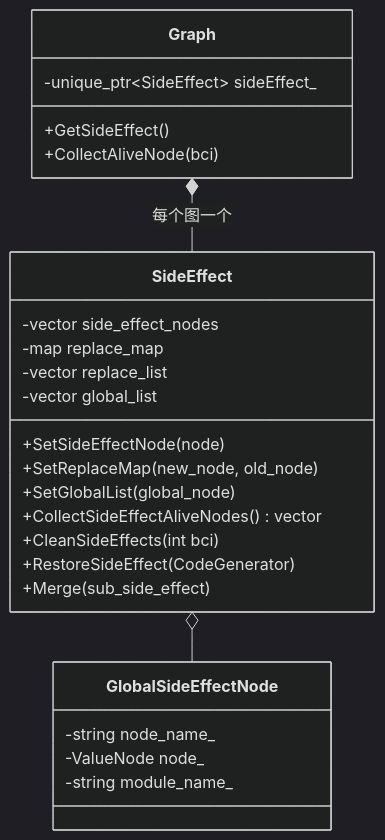
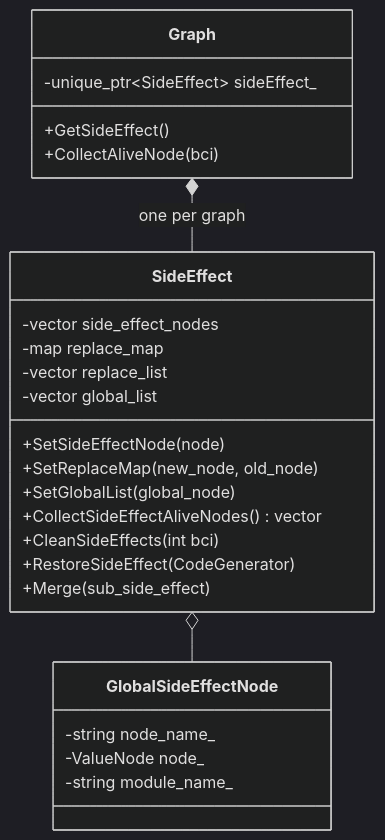
The second of 2 diagrams in docs/04-side-effect.md (YUNPUWU/mindspore-pijit-contributions), drawn with Mermaid (dark theme) before and after one commit. The commit also changed other lines of this file and 14 other files, not shown here.

````diff
--- a/docs/04-side-effect.md
+++ b/docs/04-side-effect.md
@@ -140,28 +140,28 @@
 ```mermaid
 classDiagram
     class Graph {
       -unique_ptr~SideEffect~ sideEffect_
       +GetSideEffect()
       +CollectAliveNode(bci)
     }
     class SideEffect {
       -vector side_effect_nodes
       -map replace_map
       -vector replace_list
       -vector global_list
       +SetSideEffectNode(node)
       +SetReplaceMap(new_node, old_node)
       +SetGlobalList(global_node)
       +CollectSideEffectAliveNodes() vector
       +CleanSideEffects(int bci)
       +RestoreSideEffect(CodeGenerator)
       +Merge(sub_side_effect)
     }
     class GlobalSideEffectNode {
       -string node_name_
       -ValueNode node_
       -string module_name_
     }
-    Graph *-- SideEffect : 每个图一个
+    Graph *-- SideEffect : one per graph
     SideEffect o-- GlobalSideEffectNode
 ```
````
